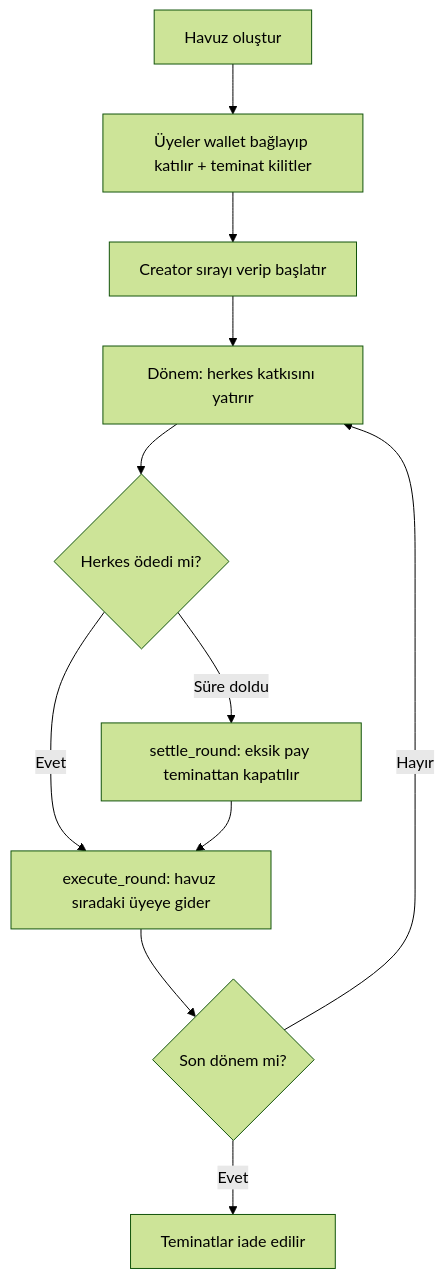
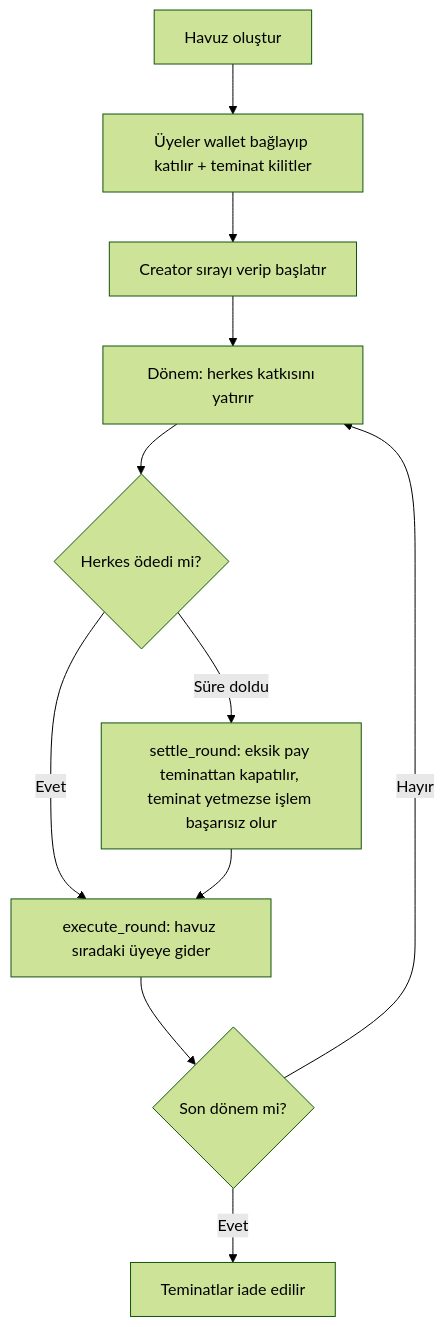
One commit to yusufarslan44/Stellerpool changed the diagram in README.md. Above: the diagram before and after it, drawn with Mermaid (forest theme). The commit also changed other lines of this file and 1 other file, not shown here.

Commit message:
Planı harici inceleme notuna göre düzelt
- Teminat havuz parasından ayrı muhasebe edilir; execute_round/settle_round
  yalnızca katkı x üye sayısı kadar tur havuzunu gönderir
- claim_collateral P1'den P0'a alındı
- Tur zamanı (round_started_at, round_deadline) tanımlandı; süre son ödeme
  süresidir, herkes ödediyse execute_round beklemeden çalışır
- Teminat yetmeyen ikinci default'ta settle_round başarısız olur; olaylar
  (CollateralConsumed, MemberDefaulted), değişmez test ve abort_pool (P1) eklendi
- Anchor: SEP-24 tercih ama kesin değil, mock anchor yasağı iddiası kaldırıldı,
  demo tutarı anchor'a bağlı ve yapılandırılabilir
- Organizatöre sorulacak iki soru ve açık noktalar eklendi

````diff
--- a/README.md
+++ b/README.md
@@ -26,13 +26,13 @@
 ```mermaid
 flowchart TD
   A[Havuz oluştur] --> B[Üyeler wallet bağlayıp katılır + teminat kilitler]
   B --> C[Creator sırayı verip başlatır]
   C --> D[Dönem: herkes katkısını yatırır]
   D --> E{Herkes ödedi mi?}
   E -->|Evet| F[execute_round: havuz sıradaki üyeye gider]
-  E -->|Süre doldu| G[settle_round: eksik pay teminattan kapatılır]
+  E -->|Süre doldu| G[settle_round: eksik pay teminattan kapatılır, teminat yetmezse işlem başarısız olur]
   G --> F
   F --> H{Son dönem mi?}
   H -->|Hayır| D
   H -->|Evet| I[Teminatlar iade edilir]
 ```
````
